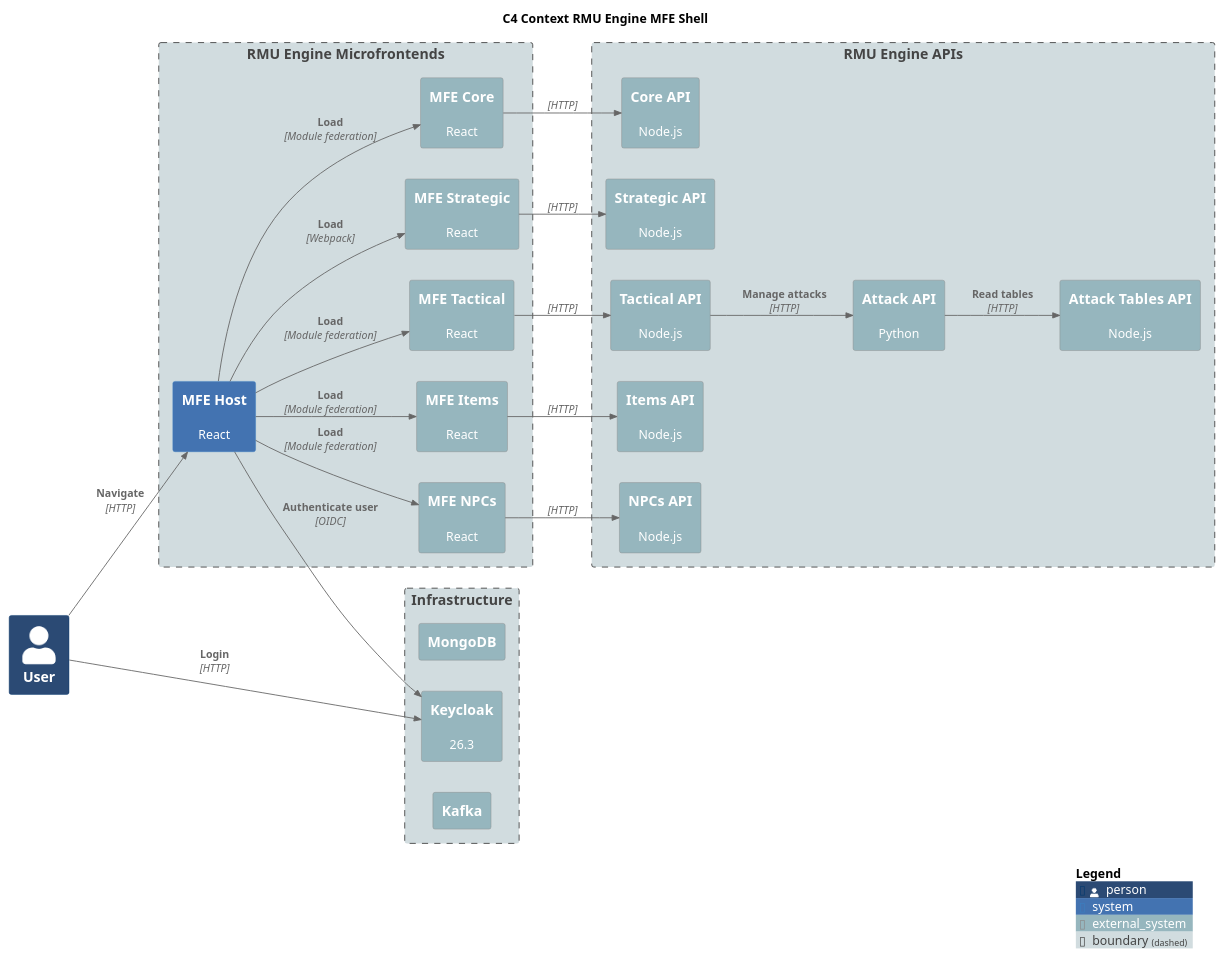
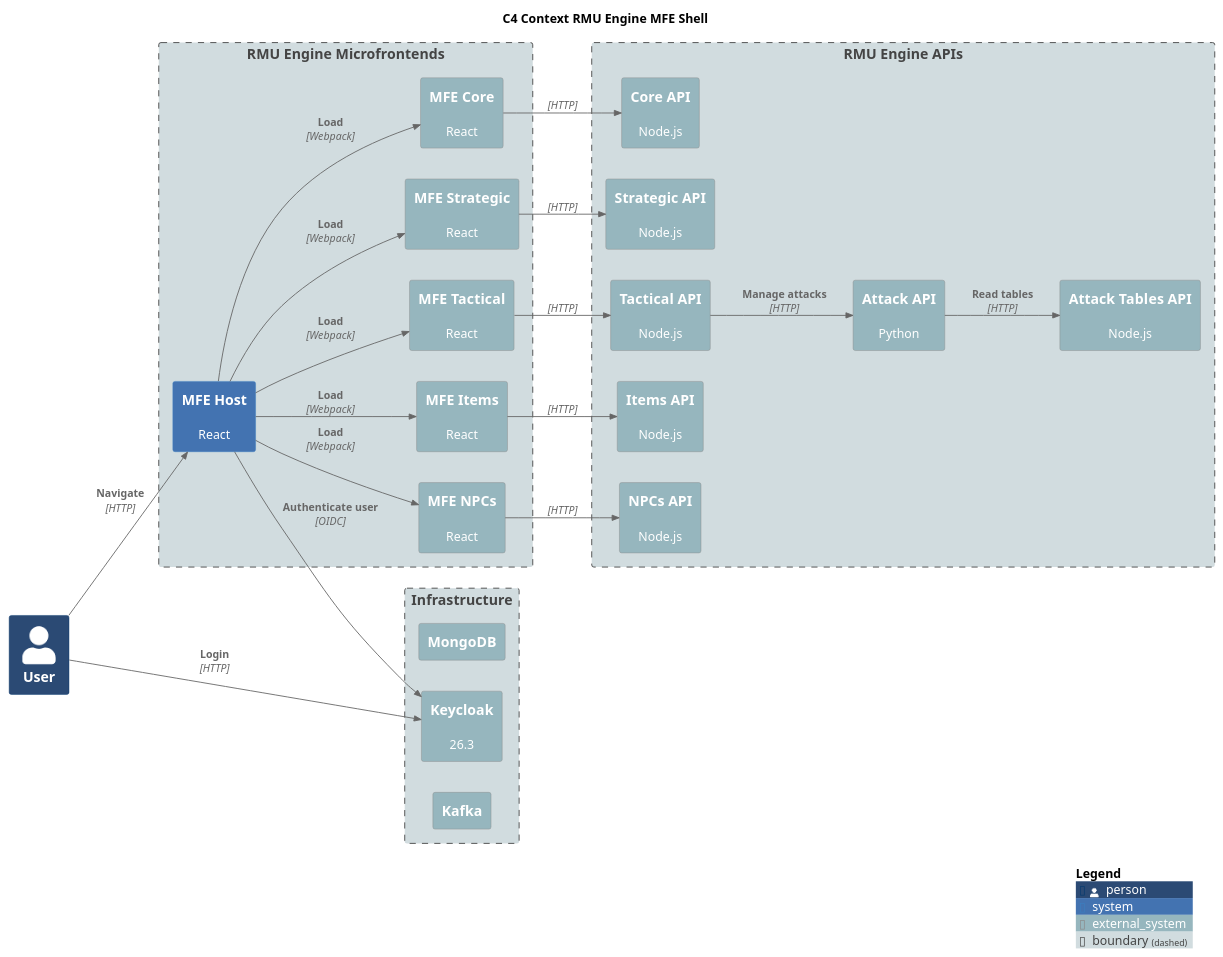
The diagram in diagrams/c4-context.plantuml (labcabrera/rmu-mfe-shell), drawn with PlantUML before and after one commit. The commit also changed 1 other file, not shown here.

Commit message:
Updated diagram.

```diff
--- a/diagrams/c4-context.plantuml
+++ b/diagrams/c4-context.plantuml
@@ -1,67 +1,67 @@
 @startuml C4 Context RMU Engine MFE Shell
 title C4 Context RMU Engine MFE Shell
 
 !include https://raw.githubusercontent.com/plantuml-stdlib/C4-PlantUML/master/C4_Context.puml
 
 LAYOUT_LEFT_RIGHT()
 
 UpdateElementStyle(person, $bgColor="#2b4a74ff")
 UpdateElementStyle(system, $bgColor="#4373b1ff")
 UpdateElementStyle(external_system, $bgColor="#96b6beff")
 UpdateElementStyle(boundary, $bgColor="#d1dcdfff")
 
 Person(user, "User")
 
 Boundary(frontend, "RMU Engine Microfrontends") {
     System(rmu_mfe_shell, "MFE Host", "React")
     System_Ext(rmu_mfe_core, "MFE Core", "React")
     System_Ext(rmu_mfe_strategic, "MFE Strategic", "React")
     System_Ext(rmu_mfe_tactical, "MFE Tactical", "React")
     System_Ext(rmu_mfe_items, "MFE Items", "React")
     System_Ext(rmu_mfe_npc, "MFE NPCs", "React")
 }
 
 Boundary(apis, "RMU Engine APIs") {
     System_Ext(rmu_api_core, "Core API", "Node.js")
     System_Ext(rmu_api_strategic, "Strategic API", "Node.js")
     System_Ext(rmu_api_tactical, "Tactical API", "Node.js")
     System_Ext(rmu_api_npc, "NPCs API", "Node.js")
     System_Ext(rmu_api_attack, "Attack API", "Python")
     System_Ext(rmu_api_items, "Items API", "Node.js")
     System_Ext(rmu_api_attack_tables, "Attack Tables API", "Node.js")
 }
 
 Boundary(infrastructure, "Infrastructure") {
     System_Ext(mongodb, "MongoDB", "")
     System_Ext(keycloak, "Keycloak", "26.3")
     System_Ext(kafka, "Kafka", "")
 }
 
 Rel(user, rmu_mfe_shell, "Navigate", "HTTP")
 Rel(user, keycloak, "Login", "HTTP")
 
 Rel(rmu_mfe_shell, keycloak, "Authenticate user", "OIDC")
 
-Rel(rmu_mfe_shell, rmu_mfe_core, "Load", "Module federation")
+Rel(rmu_mfe_shell, rmu_mfe_core, "Load", "Webpack")
 Rel(rmu_mfe_shell, rmu_mfe_strategic, "Load", "Webpack")
-Rel(rmu_mfe_shell, rmu_mfe_tactical, "Load", "Module federation")
-Rel(rmu_mfe_shell, rmu_mfe_npc, "Load", "Module federation")
-Rel(rmu_mfe_shell, rmu_mfe_items, "Load", "Module federation")
+Rel(rmu_mfe_shell, rmu_mfe_tactical, "Load", "Webpack")
+Rel(rmu_mfe_shell, rmu_mfe_npc, "Load", "Webpack")
+Rel(rmu_mfe_shell, rmu_mfe_items, "Load", "Webpack")
 
 Rel(rmu_mfe_core, rmu_api_core, "", "HTTP")
 
 Rel(rmu_mfe_strategic, rmu_api_strategic, "", "HTTP")
 
 Rel(rmu_mfe_tactical, rmu_api_tactical, "", "HTTP")
 
 Rel(rmu_mfe_items, rmu_api_items, "", "HTTP")
 
 Rel(rmu_mfe_npc, rmu_api_npc, "", "HTTP")
 
 Rel(rmu_api_tactical, rmu_api_attack, "Manage attacks", "HTTP")
 
 Rel(rmu_api_attack, rmu_api_attack_tables, "Read tables", "HTTP")
 
 SHOW_LEGEND()
 
 @enduml
```
